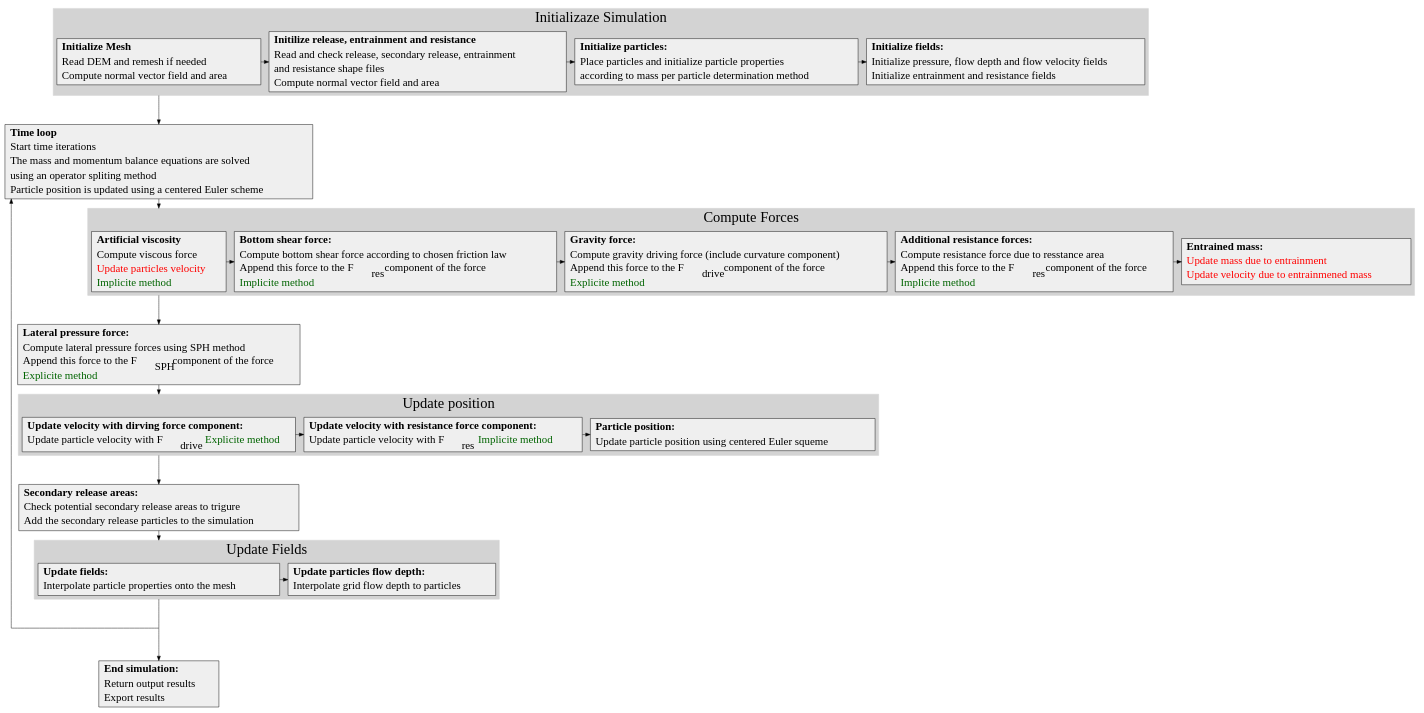
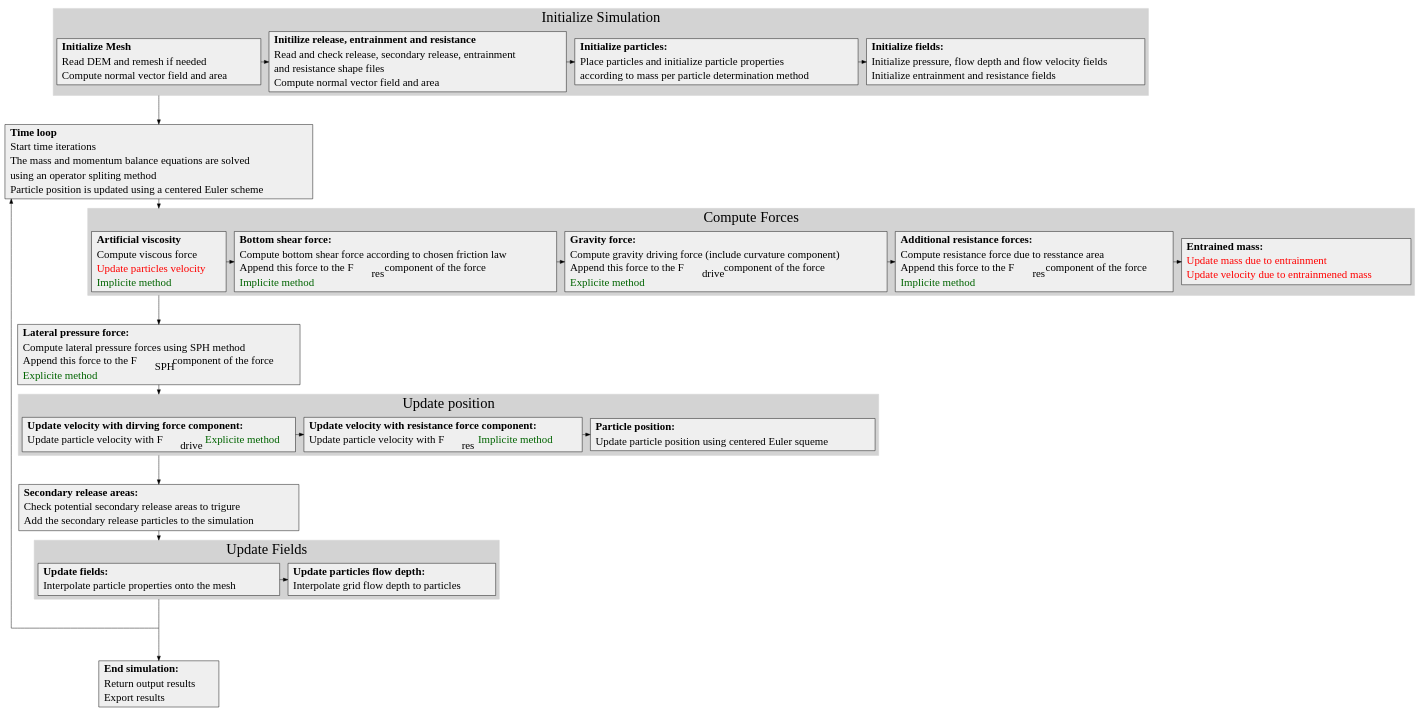
The diagram in docs/com1DFAAlgorithmGraph.dot (avaframe/AvaFrame), drawn with Graphviz before and after one commit. The commit also changed 2 other files, not shown here.

```diff
--- a/docs/com1DFAAlgorithmGraph.dot
+++ b/docs/com1DFAAlgorithmGraph.dot
@@ -1,197 +1,199 @@
 
 digraph "com1DFA algorithm graph" {
   /* compound=true; */
   newrank=true;
   size="100,100";
   rankdir="TB";
   graph [compound=true, ranksep=1, splines=ortho, fontname="Verdana", fontsize="32"];
   node [shape=box, style=filled, fontsize=24 fontname="Verdana" fillcolor="#efefef"];
   edge [fontname="Sans", fontsize="18"];
 
   prepareMesh [label=<
    <table border="0" cellborder="0" cellspacing="1">
      <tr><td align="left"><b>Initialize Mesh</b></td></tr>
      <tr><td align="left">Read DEM and remesh if needed</td></tr>
      <tr><td align="left" >Compute normal vector field and area</td></tr>
-    </table>>, href="../com1DFAAlgorithm.html#read-and-prepare-dem" tooltip="Go to: initialize mesh" target="_blank"];
+    </table>>, href="../com1DFAAlgorithm.html#initialize-mesh" tooltip="Go to: initialize mesh" target="_blank"];
 
   prepareAreas [label=<
    <table border="0" cellborder="0" cellspacing="1">
      <tr><td align="left"><b>Initilize release, entrainment and resistance</b></td></tr>
      <tr><td align="left">Read and check release, secondary release, entrainment</td></tr>
      <tr><td align="left">and resistance shape files</td></tr>
      <tr><td align="left" >Compute normal vector field and area</td></tr>
-    </table>>, href="../com1DFAAlgorithm.html#read-and-prepare-dem" tooltip="Go to: release... initialization" target="_blank"];
+    </table>>, href="../com1DFAAlgorithm.html#initialize-release-entrainment-and-resistance" tooltip="Go to: release... initialization" target="_blank"];
 
   initializeParticles [label=<
     <table border="0" cellborder="0" cellspacing="1">
      <tr><td align="left"><b>Initialize particles:</b></td></tr>
      <tr><td align="left">Place particles and initialize particle properties</td></tr>
      <tr><td align="left">according to mass per particle determination method</td></tr>
     </table>>, href="../com1DFAAlgorithm.html#initialize-particles" tooltip="Go to: particle initialization" target="_blank"];
 
   initializeFields [label=<
     <table border="0" cellborder="0" cellspacing="1">
      <tr><td align="left"><b>Initialize fields:</b></td></tr>
      <tr><td align="left">Initialize pressure, flow depth and flow velocity fields</td></tr>
      <tr><td align="left">Initialize entrainment and resistance fields</td></tr>
     </table>>, href="../com1DFAAlgorithm.html#initialize-fields" tooltip="Go to: Initialize fields" target="_blank"];
 
   timeLoop [label=<
     <table border="0" cellborder="0" cellspacing="1">
      <tr><td align="left"><b>Time loop</b></td></tr>
      <tr><td align="left">Start time iterations</td></tr>
      <tr><td align="left">The mass and momentum balance equations are solved</td></tr>
      <tr><td align="left">using an operator spliting method</td></tr>
      <tr><td align="left">Particle position is updated using a centered Euler scheme</td></tr>
-    </table>>, href="../com1DFAAlgorithm.html#time-loop" tooltip="Go to: Time scheme" target="_blank"];
+    </table>>, href="../com1DFAAlgorithm.html#time-scheme-and-iterations" tooltip="Go to: Time scheme" target="_blank"];
 
   endTimeLoop [width=0 shape=point label=""];
+
+
   artifViscosity [label=<
      <table border="0" cellborder="0" cellspacing="1">
        <tr><td align="left"><b>Artificial viscosity</b></td></tr>
        <tr><td align="left">Compute viscous force</td></tr>
        <tr><td align="left"><font color="red">Update particles velocity</font></td></tr>
        <tr><td align="left"><font color="darkgreen">Implicite method</font></td></tr>
      </table>>, href="../com1DFAAlgorithm.html#artificial-viscosity" tooltip="Go to: Artificial viscosity" target="_blank"];
 
   computeFrictForce [label=<
      <table border="0" cellborder="0" cellspacing="1">
-        <tr><td align="left"><b>Bottom shear force:</b></td></tr>
-        <tr><td align="left" href="../theoryCom1DFA.html#friction-model" title="Go to: Friction model" target="_blank">Compute bottom shear force according to chosen friction law</td></tr>
+        <tr><td align="left" href="../theoryCom1DFA.html#compute-friction-forces"><b>Bottom shear force:</b></td></tr>
+        <tr><td align="left" href="../theoryCom1DFA.html#bottom-shear-force" title="Go to: Friction model" target="_blank">Compute bottom shear force according to chosen friction law</td></tr>
         <tr><td align="left" >Append this force to the F<SUB>res</SUB> component of the force</td></tr>
         <tr><td align="left"><font color="darkgreen">Implicite method</font></td></tr>
       </table>>];
 
   computeGravityForce [label=<
     <table border="0" cellborder="0" cellspacing="1">
        <tr><td align="left"><b>Gravity force:</b></td></tr>
        <tr><td align="left">Compute gravity driving force (include curvature component)</td></tr>
        <tr><td align="left" >Append this force to the F<SUB>drive</SUB> component of the force</td></tr>
        <tr><td align="left"><font color="darkgreen">Explicite method</font></td></tr>
-     </table>>, href="../com1DFAAlgorithm.html#gravity-force" tooltip="Go to: Gravity force" target="_blank"];
+     </table>>, href="../com1DFAAlgorithm.html#compute-body-driving-force" tooltip="Go to: Gravity force" target="_blank"];
 
   computeResForce [label=<
       <table border="0" cellborder="0" cellspacing="1">
        <tr><td align="left"><b>Additional resistance forces:</b></td></tr>
-       <tr><td align="left" href="../theoryCom1DFA.html#resistance" title="Go to: Resistance force" target="_blank">Compute resistance force due to resstance area</td></tr>
+       <tr><td align="left" href="../com1DFAAlgorithm.html#added-resistance-force" title="Go to: Resistance force" target="_blank">Compute resistance force due to resstance area</td></tr>
        <tr><td align="left" >Append this force to the F<SUB>res</SUB> component of the force</td></tr>
        <tr><td align="left"><font color="darkgreen">Implicite method</font></td></tr>
      </table>>];
   updateMassEntr [label=<
       <table border="0" cellborder="0" cellspacing="1">
        <tr><td align="left"><b>Entrained mass:</b></td></tr>
        <tr><td align="left" href="../theoryCom1DFA.html#entrainment" target="_blank"><font color="red">Update mass due to entrainment</font></td></tr>
        <tr><td align="left" ><font color="red">Update velocity due to entrainmened mass</font></td></tr>
-    </table>>, href="../com1DFAAlgorithm.html#entrained-mass" tooltip="Go to: Add entrained mass" target="_blank"];
+    </table>>, href="../com1DFAAlgorithm.html#take-entrainment-into-account" tooltip="Go to: Add entrained mass" target="_blank"];
 
   computeSPHForce [label=<
       <table border="0" cellborder="0" cellspacing="1">
        <tr><td align="left"><b>Lateral pressure force:</b></td></tr>
        <tr><td align="left" href="../DFAnumerics.html#sph-gradient" title="Go to: Add lateral pressure force" target="_blank">Compute lateral pressure forces using SPH method</td></tr>
        <tr><td align="left" >Append this force to the F<SUB>SPH</SUB> component of the force</td></tr>
        <tr><td align="left"><font color="darkgreen">Explicite method</font></td></tr>
      </table>>];
 
   updateVelocityDrive [label=<
     <table border="0" cellborder="0" cellspacing="1">
        <tr><td align="left"><b>Update velocity with dirving force component:</b></td></tr>
        <tr><td align="left" >Update particle velocity with F<SUB>drive</SUB> <font color="darkgreen">Explicite method</font></td></tr>
        <tr><td align="left"></td></tr>
     </table>>, href="../com1DFAAlgorithm.html#update-position" tooltip="Go to: Update Position" target="_blank"];
 
   updateVelocityFrict [label=<
     <table border="0" cellborder="0" cellspacing="1">
        <tr><td align="left"><b>Update velocity with resistance force component:</b></td></tr>
        <tr><td align="left" >Update particle velocity with F<SUB>res</SUB> <font color="darkgreen">Implicite method</font></td></tr>
        <tr><td align="left"></td></tr>
     </table>>, href="../com1DFAAlgorithm.html#update-position" tooltip="Go to: Update Position" target="_blank"];
 
   updatePartPos [label=<
       <table border="0" cellborder="0" cellspacing="1">
        <tr><td align="left"><b>Particle position:</b></td></tr>
        <tr><td align="left">Update particle position using centered Euler squeme</td></tr>
      </table>>, href="../com1DFAAlgorithm.html#update-position" tooltip="Go to: Update Position" target="_blank"];
 
   addSecRelease [label=<
       <table border="0" cellborder="0" cellspacing="1">
        <tr><td align="left"><b>Secondary release areas:</b></td></tr>
        <tr><td align="left" >Check potential secondary release areas to trigure</td></tr>
        <tr><td align="left" >Add the secondary release particles to the simulation</td></tr>
-     </table>>, href="../com1DFAAlgorithm.html#secondary-release" tooltip="Go to: Secondary release" target="_blank"];
+     </table>>, href="../com1DFAAlgorithm.html#add-secondary-release-area" tooltip="Go to: Secondary release" target="_blank"];
 
   updateFields [label=<
     <table border="0" cellborder="0" cellspacing="1">
        <tr><td align="left"><b>Update fields:</b></td></tr>
        <tr><td align="left" >Interpolate particle properties onto the mesh</td></tr>
     </table>>, href="../com1DFAAlgorithm.html#update-fields" tooltip="Go to: Update fields" target="_blank"];
 
   updateParticlesFlowDepth [label=<
     <table border="0" cellborder="0" cellspacing="1">
        <tr><td align="left"><b>Update particles flow depth:</b></td></tr>
        <tr><td align="left" >Interpolate grid flow depth to particles</td></tr>
     </table>>, href="../com1DFAAlgorithm.html#update-fields" tooltip="Go to: Update fields" target="_blank"];
 
   endSimulation [label=<
     <table border="0" cellborder="0" cellspacing="1">
        <tr><td align="left"><b>End simulation:</b></td></tr>
        <tr><td align="left" >Return output results</td></tr>
        <tr><td align="left" >Export results</td></tr>
     </table>>, href="../com1DFAAlgorithm.html#simulation-outputs" tooltip="Go to: Simulation outputs" target="_blank"];
 
 
   /* start -> prepareMesh [lhead=cluster_initialization]; */
   prepareMesh -> timeLoop [weight=10,ltail=cluster_initialization];
   timeLoop -> artifViscosity [weight=10,lhead=cluster_Forces];
   artifViscosity -> computeSPHForce [weight=10, ltail=cluster_Forces];
   computeSPHForce -> updateVelocityDrive [weight=10,lhead=cluster_2];
   updateVelocityDrive -> addSecRelease [weight=10,ltail=cluster_2];
   addSecRelease -> updateFields [weight=10,lhead=cluster_3];
   updateFields -> endTimeLoop [weight=10,ltail=cluster_3, arrowhead=none];
   endTimeLoop -> endSimulation [weight=10];
   endTimeLoop -> timeLoop [weight=1, constraint=false];
   /* computeFrictForce -> updateVelocityFrict[constraint=false];
   computeResForce -> updateVelocityFrict [constraint=false];
   computeSPHForce -> updateVelocityDrive [constraint=false];#, xlabel="add lateral pressure force \n component to the driving force"];
   computeGravityForce -> updateVelocityDrive [constraint=false]#, xlabel="add gravity force \n component to the driving force"]; */
 
 
   subgraph cluster_initialization {
     rank=same;
     style=filled;
     color=lightgrey;
     prepareMesh -> prepareAreas
     prepareAreas -> initializeParticles;
     initializeParticles -> initializeFields;
-    label = "Initializaze Simulation";
+    label = "Initialize Simulation";
   }
 
   subgraph cluster_Forces {
     rank=same;
     style=filled;
     color=lightgrey;
     artifViscosity -> computeFrictForce;
     computeFrictForce -> computeGravityForce;
     computeGravityForce -> computeResForce;
     computeResForce -> updateMassEntr;
     label = "Compute Forces";
   }
 
   subgraph cluster_2 {
     rank=same;
     updateVelocityDrive -> updateVelocityFrict [weight=10];
     updateVelocityFrict -> updatePartPos [weight=10];
     href="../com1DFAAlgorithm.html#update-position" tooltip="Go to: Update Position" target="_blank"
     label = "Update position";
     style=filled;
     color=lightgrey;
   }
   subgraph cluster_3 {
     rank=same;
     updateFields -> updateParticlesFlowDepth [weight=10];
     label = "Update Fields";
     style=filled;
     color=lightgrey;
   }
 
    }
```
